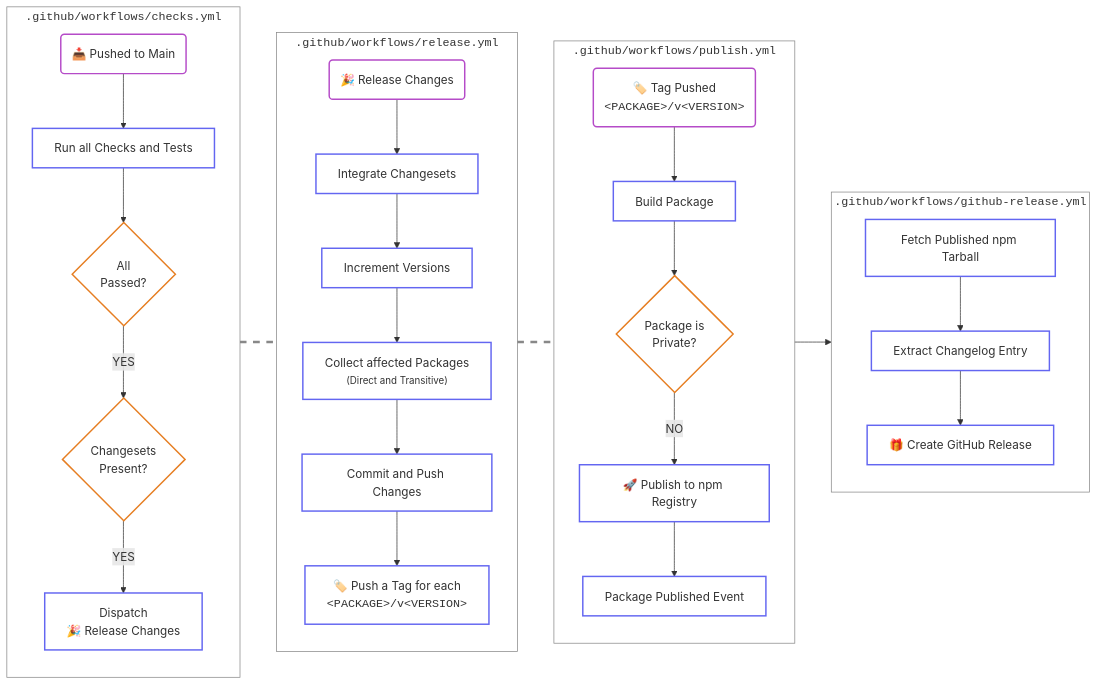
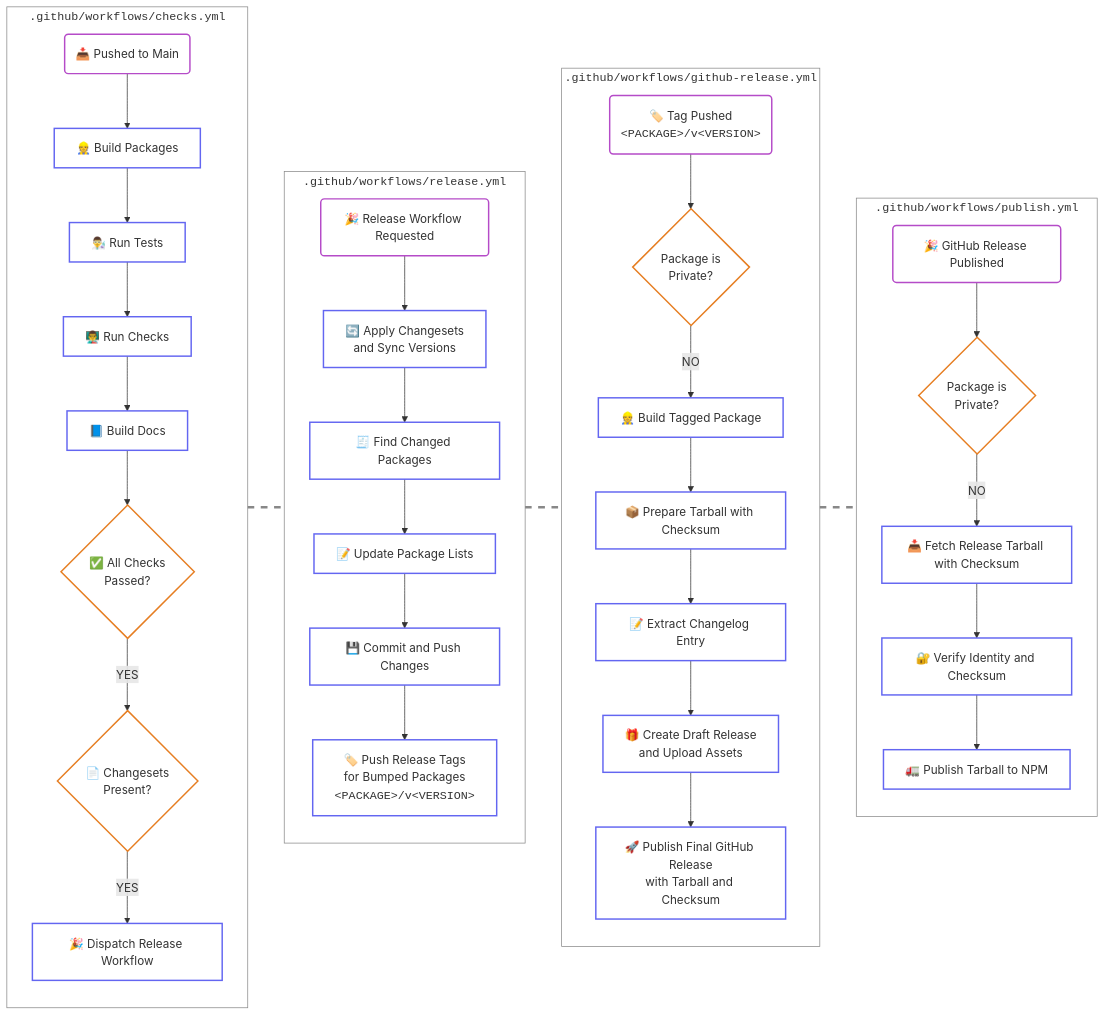
The diagram in README.md (simbo/packages), drawn with Mermaid before and after one commit. The commit also changed other lines of this file and 14 other files, not shown here.

First line of the commit message:
feat(release): publish verified GitHub release tarballs

````diff
--- a/README.md
+++ b/README.md
@@ -154,74 +159,89 @@
 
   subgraph ChecksWorkflow["<code>.github/workflows/checks.yml</code>"]
     PushToMain@{ shape: rounded, label: "📥 Pushed to Main" }
-    Checks["Run all Checks and Tests"]
-    ChecksPassed{"All<br>Passed?"}
-    Changesets{"Changesets<br>Present?"}
-    ReleaseEventDispatch["Dispatch<br>🎉 Release Changes"]
+    BuildPackages["👷 Build Packages"]
+    RunTests["👨‍🔬 Run Tests"]
+    RunChecks["👨‍🏫 Run Checks"]
+    BuildDocs["📘 Build Docs"]
+    ChecksPassed{"✅ All Checks<br>Passed?"}
+    Changesets{"📄 Changesets<br>Present?"}
+    ReleaseEventDispatch["🎉 Dispatch Release Workflow"]
 
     direction TB
-    PushToMain --> Checks
-    Checks --> ChecksPassed
+    PushToMain --> BuildPackages
+    BuildPackages --> RunTests
+    RunTests --> RunChecks
+    RunChecks --> BuildDocs
+    BuildDocs --> ChecksPassed
     ChecksPassed --"YES"--> Changesets
     Changesets --"YES"--> ReleaseEventDispatch
   end
 
   subgraph ReleaseWorkflow["<code>.github/workflows/release.yml</code>"]
-    ReleaseEvent@{ shape: rounded, label: "🎉 Release Changes" }
-    IntegrateChangesets["Integrate Changesets"]
-    IncrementVersions["Increment Versions"]
-    CollectPackages["Collect affected Packages<br><small>(Direct and Transitive)</small>"]
-    CommitAndPushChanges["Commit and Push Changes"]
-    PushReleaseTags["🏷️ Push a Tag for each<br><code>&lt;PACKAGE&gt;/v&lt;VERSION&gt;</code>"]
+    ReleaseEvent@{ shape: rounded, label: "🎉 Release Workflow Requested" }
+    IntegrateChangesets["🔄 Apply Changesets<br>and Sync Versions"]
+    CollectPackages["🧾 Find Changed Packages"]
+    UpdatePackageDocs["📝 Update Package Lists"]
+    CommitAndPushChanges["💾 Commit and Push Changes"]
+    PushReleaseTags["🏷️ Push Release Tags<br>for Bumped Packages<br><code>&lt;PACKAGE&gt;/v&lt;VERSION&gt;</code>"]
 
     direction TB
     ReleaseEvent --> IntegrateChangesets
-    IntegrateChangesets --> IncrementVersions
-    IncrementVersions --> CollectPackages
-    CollectPackages --> CommitAndPushChanges
+    IntegrateChangesets --> CollectPackages
+    CollectPackages --> UpdatePackageDocs
+    UpdatePackageDocs --> CommitAndPushChanges
     CommitAndPushChanges --> PushReleaseTags
   end
 
-  subgraph PublishWorkflow["<code>.github/workflows/publish.yml</code>"]
+  subgraph GitHubReleaseWorkflow["<code>.github/workflows/github-release.yml</code>"]
     TagEvent@{ shape: rounded, label: "🏷️ Tag Pushed<br><code>&lt;PACKAGE&gt;/v&lt;VERSION&gt;</code>" }
-    BuildPackage["Build Package"]
-    IsPrivate{"Package is<br>Private?"}
-    PublishToNpm["🚀 Publish to npm Registry"]
-    PackagePublished["Package Published Event"]
+    IsReleasePrivate{"Package is<br>Private?"}
+    BuildPackage["👷 Build Tagged Package"]
+    PackTarball["📦 Prepare Tarball with Checksum"]
+    ExtractChangelogEntry["📝 Extract Changelog Entry"]
+    UploadDraft["🎁 Create Draft Release<br>and Upload Assets"]
+    PublishRelease["🚀 Publish Final GitHub Release<br>with Tarball and Checksum"]
 
     direction TB
-    TagEvent --> BuildPackage
-    BuildPackage --> IsPrivate
-    IsPrivate --"NO"--> PublishToNpm
-    PublishToNpm --> PackagePublished
+    TagEvent --> IsReleasePrivate
+    IsReleasePrivate --"NO"--> BuildPackage
+    BuildPackage --> PackTarball
+    PackTarball --> ExtractChangelogEntry
+    ExtractChangelogEntry --> UploadDraft
+    UploadDraft --> PublishRelease
   end
 
-  subgraph GitHubReleaseWorkflow["<code>.github/workflows/github-release.yml</code>"]
-    FetchTarball["Fetch Published npm Tarball"]
-    ExtractChangelogEntry["Extract Changelog Entry"]
-    CreateRelease["🎁 Create GitHub Release"]
+  subgraph PublishWorkflow["<code>.github/workflows/publish.yml</code>"]
+    ReleasePublished@{ shape: rounded, label: "🎉 GitHub Release Published" }
+    DownloadArchive["📥 Fetch Release Tarball with Checksum"]
+    VerifyDownload["🔐 Verify Identity and Checksum"]
+    IsPrivate{"Package is<br>Private?"}
+    PublishToNpm["🚛 Publish Tarball to NPM"]
 
     direction TB
-    FetchTarball --> ExtractChangelogEntry
-    ExtractChangelogEntry --> CreateRelease
+    ReleasePublished --> IsPrivate
+    IsPrivate --"NO"--> DownloadArchive
+    DownloadArchive --> VerifyDownload
+    VerifyDownload --> PublishToNpm
   end
-  PackagePublished --> FetchTarball
 
   ChecksWorkflow Link1@=== ReleaseWorkflow
-  ReleaseWorkflow Link2@=== PublishWorkflow
+  ReleaseWorkflow Link2@=== GitHubReleaseWorkflow
+  GitHubReleaseWorkflow Link3@=== PublishWorkflow
 
   classDef animateLink stroke: #888888,stroke-dasharray:9,5,stroke-dashoffset:900, animation: dash 25s linear infinite;
-  class Link1,Link2 animateLink
+  class Link1,Link2,Link3 animateLink
 
   classDef workflow stroke:#888888,fill:transparent;
-  class ChecksWorkflow,ReleaseWorkflow,PublishWorkflow,GitHubReleaseWorkflow workflow
+  class ChecksWorkflow,ReleaseWorkflow,GitHubReleaseWorkflow,PublishWorkflow workflow
 
   classDef event stroke:#B54BC8,stroke-width:2px,fill:transparent;
-  class PushToMain,TagEvent,ReleaseEvent event
+  class PushToMain,TagEvent,ReleaseEvent,ReleasePublished event
 
   classDef step stroke:#6366F1,stroke-width:2px,fill:transparent;
-  class Checks,ReleaseEventDispatch,IntegrateChangesets,IncrementVersions,CollectPackages,CommitAndPushChanges,PushReleaseTags,BuildPackage,FetchTarball,PackagePublished,ExtractChangelogEntry,CreateRelease,PublishToNpm step
+  class BuildPackages,RunTests,RunChecks,BuildDocs,ReleaseEventDispatch,IntegrateChangesets,CollectPackages,UpdatePackageDocs,CommitAndPushChanges,PushReleaseTags,BuildPackage,PackTarball,ExtractChangelogEntry,UploadDraft,PublishRelease,DownloadArchive,VerifyDownload,PublishToNpm step
 
   classDef gate stroke:#E67E22,stroke-width:2px,fill:transparent
-  class IsPrivate,ChecksPassed,Changesets gate
+  class IsReleasePrivate,IsPrivate,ChecksPassed,Changesets gate
+
 ```
````
